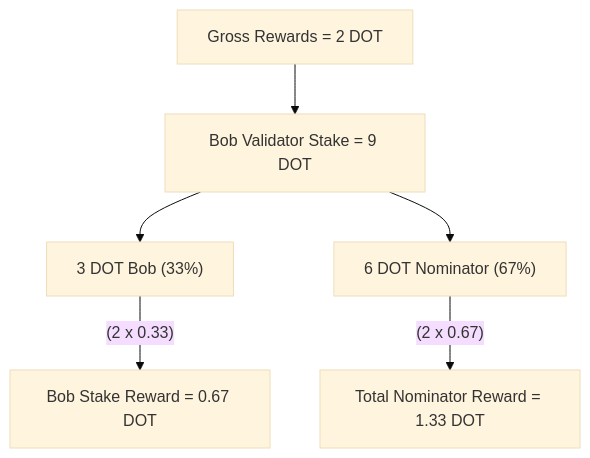
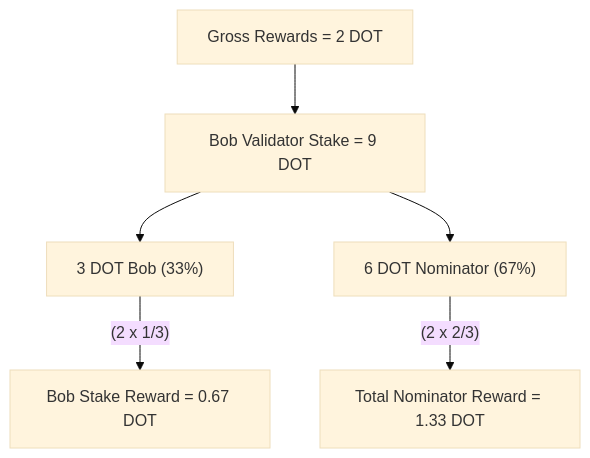
Before and after one commit to polkadot-developers/polkadot-docs: the sixth of 6 diagrams in docs/node-infrastructure/run-a-validator/staking-mechanics/rewards.md, drawn with Mermaid (base theme). The commit also changed other lines of this file and 1 other file, not shown here.

Commit message:
docs: correct the math examples

````diff
--- a/docs/node-infrastructure/run-a-validator/staking-mechanics/rewards.md
+++ b/docs/node-infrastructure/run-a-validator/staking-mechanics/rewards.md
@@ -198,16 +198,16 @@
 ``` mermaid
 
 flowchart TD
     A["Gross Rewards = 2 DOT"]
     B["Bob Validator Stake = 9 DOT"]
     C["3 DOT Bob (33%)"]
     D["6 DOT Nominator (67%)"]
     H["Bob Stake Reward = 0.67 DOT"]
     J["Total Nominator Reward = 1.33 DOT"]
 
     A --> B
     B --> C
     B --> D
-    C --(2 x 0.33)--> H
-    D --(2 x 0.67)--> J
+    C --(2 x 1/3)--> H
+    D --(2 x 2/3)--> J
 ```
````
